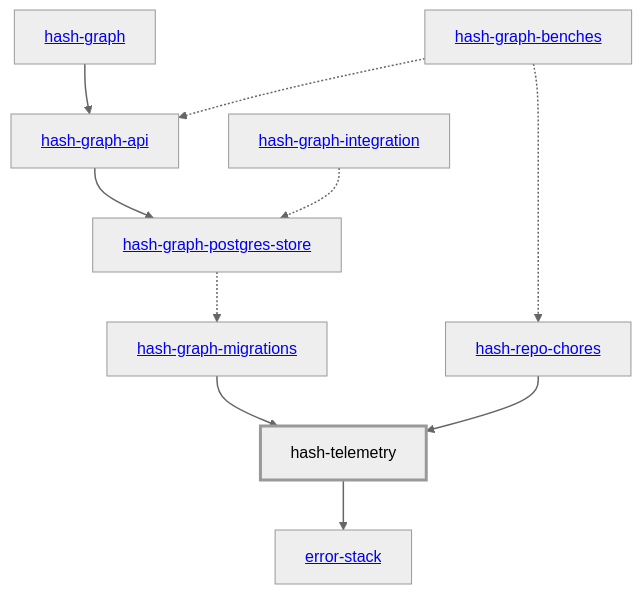
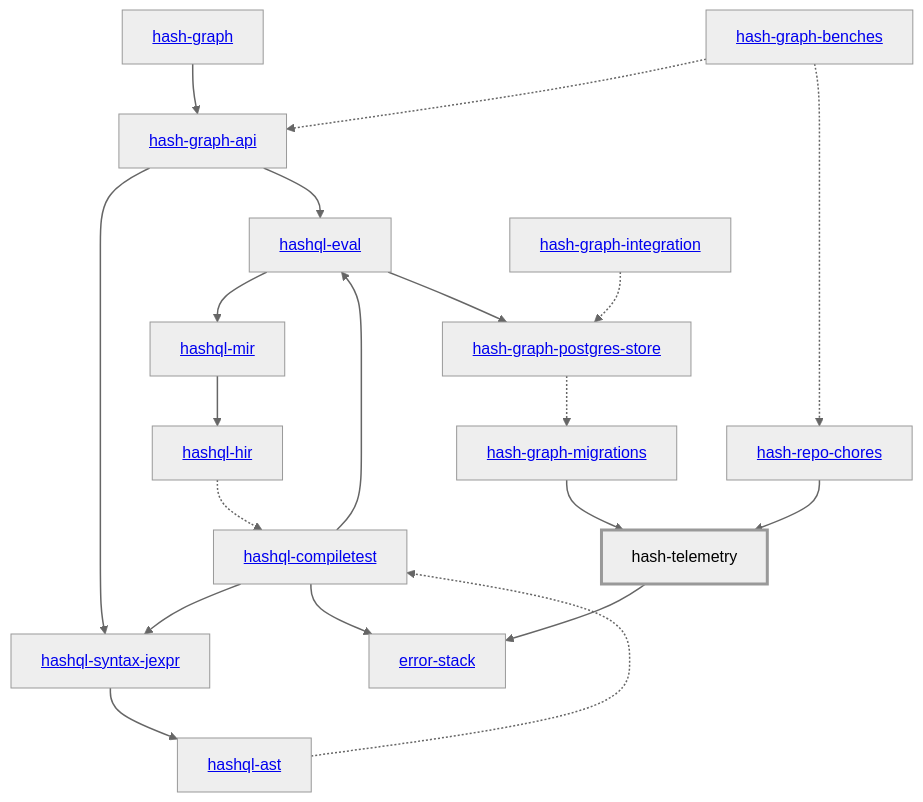
One commit to hashintel/hash changed the diagram in libs/@local/telemetry/docs/dependency-diagram.mmd. Above: the diagram before and after it, drawn with Mermaid (neutral theme). The commit also changed 69 other files, not shown here.

```diff
--- a/libs/@local/telemetry/docs/dependency-diagram.mmd
+++ b/libs/@local/telemetry/docs/dependency-diagram.mmd
@@ -1,29 +1,45 @@
 graph TD
     linkStyle default stroke-width:1.5px
     classDef default stroke-width:1px
     classDef root stroke-width:3px
     classDef dev stroke-width:1px
     classDef build stroke-width:1px
     %% Legend
     %% --> : Normal dependency
     %% -.-> : Dev dependency
     %% ---> : Build dependency
     0[<a href="../hash_graph/index.html">hash-graph</a>]
     1[<a href="../hash_graph_api/index.html">hash-graph-api</a>]
     2[<a href="../hash_graph_migrations/index.html">hash-graph-migrations</a>]
     3[<a href="../hash_graph_postgres_store/index.html">hash-graph-postgres-store</a>]
-    4[<a href="../hash_repo_chores/index.html">hash-repo-chores</a>]
-    5[hash-telemetry]
-    class 5 root
-    6[<a href="../error_stack/index.html">error-stack</a>]
-    7[<a href="../hash_graph_benches/index.html">hash-graph-benches</a>]
-    8[<a href="../hash_graph_integration/index.html">hash-graph-integration</a>]
+    4[<a href="../hashql_ast/index.html">hashql-ast</a>]
+    5[<a href="../hashql_compiletest/index.html">hashql-compiletest</a>]
+    6[<a href="../hashql_eval/index.html">hashql-eval</a>]
+    7[<a href="../hashql_hir/index.html">hashql-hir</a>]
+    8[<a href="../hashql_mir/index.html">hashql-mir</a>]
+    9[<a href="../hashql_syntax_jexpr/index.html">hashql-syntax-jexpr</a>]
+    10[<a href="../hash_repo_chores/index.html">hash-repo-chores</a>]
+    11[hash-telemetry]
+    class 11 root
+    12[<a href="../error_stack/index.html">error-stack</a>]
+    13[<a href="../hash_graph_benches/index.html">hash-graph-benches</a>]
+    14[<a href="../hash_graph_integration/index.html">hash-graph-integration</a>]
     0 --> 1
-    1 --> 3
-    2 --> 5
+    1 --> 6
+    1 --> 9
+    2 --> 11
     3 -.-> 2
-    4 --> 5
+    4 -.-> 5
     5 --> 6
-    7 -.-> 1
-    7 -.-> 4
-    8 -.-> 3
+    5 --> 9
+    5 --> 12
+    6 --> 3
+    6 --> 8
+    7 -.-> 5
+    8 --> 7
+    9 --> 4
+    10 --> 11
+    11 --> 12
+    13 -.-> 1
+    13 -.-> 10
+    14 -.-> 3
```
